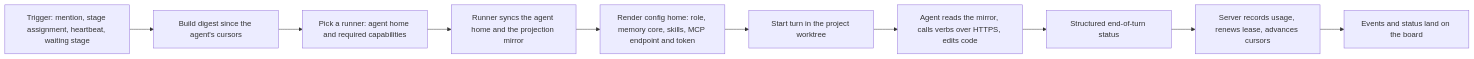
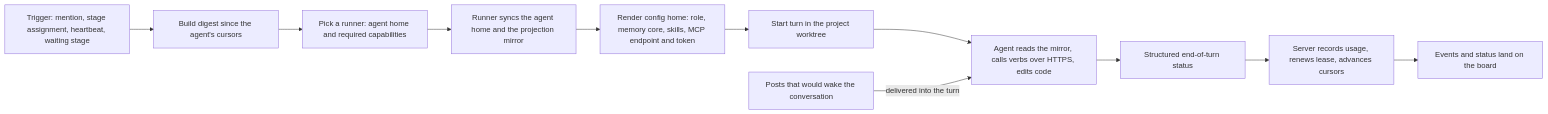
Before and after one commit to kr4t0n/stellaris: the second of 4 diagrams in PLAN.md, drawn with Mermaid. The commit also changed other lines of this file and 1 other file, not shown here.

First line of the commit message:
docs(plan): design steering a running turn

````diff
--- a/PLAN.md
+++ b/PLAN.md
@@ -100,12 +100,13 @@
 ```mermaid
 flowchart LR
   TRIG["Trigger: mention, stage assignment, heartbeat, waiting stage"] --> DIG["Build digest since the agent's cursors"]
   DIG --> PICK["Pick a runner: agent home and required capabilities"]
   PICK --> SYNC["Runner syncs the agent home and the projection mirror"]
   SYNC --> REN["Render config home: role, memory core, skills, MCP endpoint and token"]
   REN --> RUN["Start turn in the project worktree"]
   RUN --> ACT["Agent reads the mirror, calls verbs over HTTPS, edits code"]
+  STEER["Posts that would wake the conversation"] -->|delivered into the turn| ACT
   ACT --> DONE["Structured end-of-turn status"]
   DONE --> REC["Server records usage, renews lease, advances cursors"]
   REC --> PUB["Events and status land on the board"]
 ```
````
